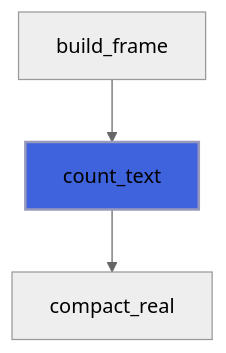
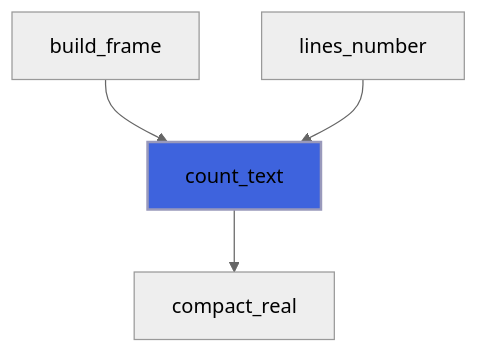
One commit to szaghi/forbear changed diagram 13 of 18 in docs/api/src/lib/forbear_bar_object.md. Above: the diagram before and after it, drawn with Mermaid (neutral theme). The commit also changed 19 other files, not shown here.

````diff
--- a/docs/api/src/lib/forbear_bar_object.md
+++ b/docs/api/src/lib/forbear_bar_object.md
@@ -511,6 +511,7 @@
 ```mermaid
 flowchart TD
   build_frame["build_frame"] --> count_text["count_text"]
+  lines_number["lines_number"] --> count_text["count_text"]
   count_text["count_text"] --> compact_real["compact_real"]
   style count_text fill:#3e63dd,stroke:#99b,stroke-width:2px
 ```
````
